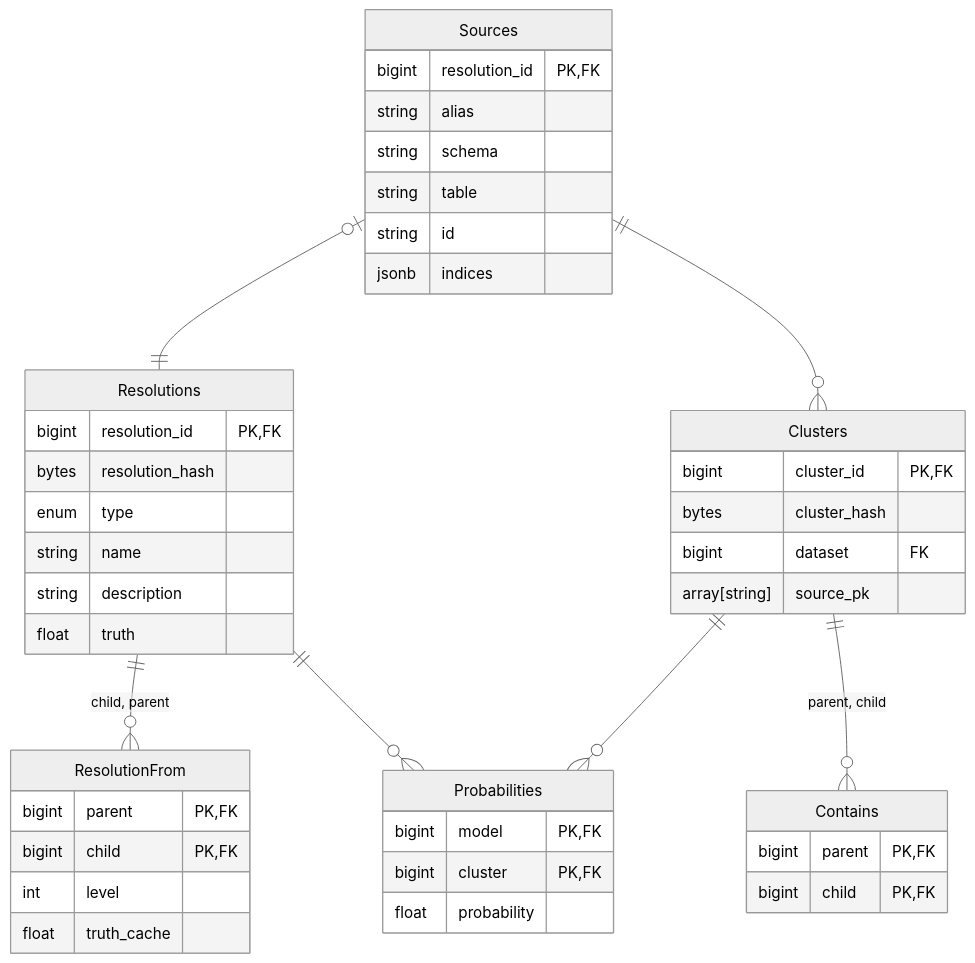
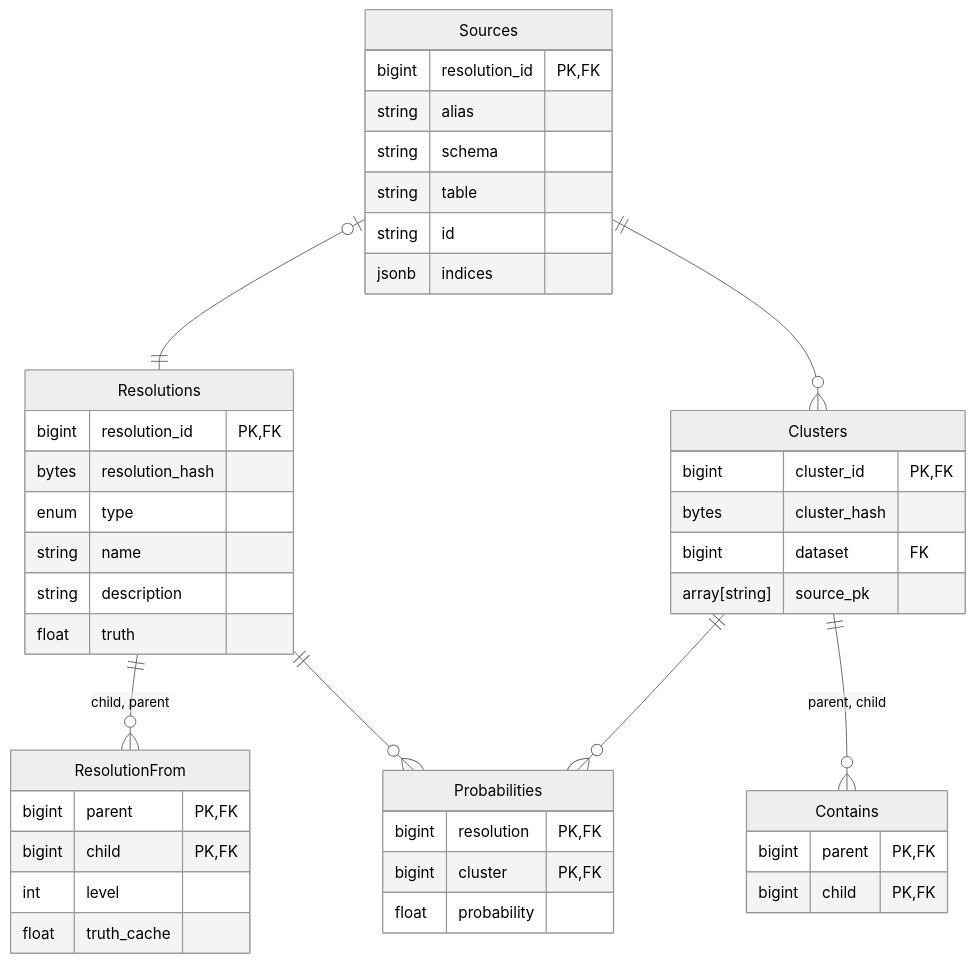
One commit to will-langdale/matchbox changed the diagram in src/matchbox/server/postgresql/README.md. Above: the diagram before and after it, drawn with Mermaid (neutral theme).

Commit message:
Correct mistake in ERM

````diff
--- a/src/matchbox/server/postgresql/README.md
+++ b/src/matchbox/server/postgresql/README.md
@@ -14,47 +14,47 @@
 ```mermaid
 erDiagram
     Sources {
         bigint resolution_id PK,FK
         string alias
         string schema
         string table
         string id
         jsonb indices
     }
     Clusters {
         bigint cluster_id PK,FK
         bytes cluster_hash
         bigint dataset FK
         array[string] source_pk
     }
     Contains {
         bigint parent PK,FK
         bigint child PK,FK
     }
     Probabilities {
-        bigint model PK,FK
+        bigint resolution PK,FK
         bigint cluster PK,FK
         float probability
     }
     Resolutions {
         bigint resolution_id PK,FK
         bytes resolution_hash
         enum type
         string name
         string description
         float truth
     }
     ResolutionFrom {
         bigint parent PK,FK
         bigint child PK,FK
         int level
         float truth_cache
     }
 
     Sources |o--|| Resolutions : ""
     Sources ||--o{ Clusters : ""
     Clusters ||--o{ Contains : "parent, child"
     Clusters ||--o{ Probabilities : ""
     Resolutions ||--o{ Probabilities : ""
     Resolutions ||--o{ ResolutionFrom : "child, parent"
 ```
````
